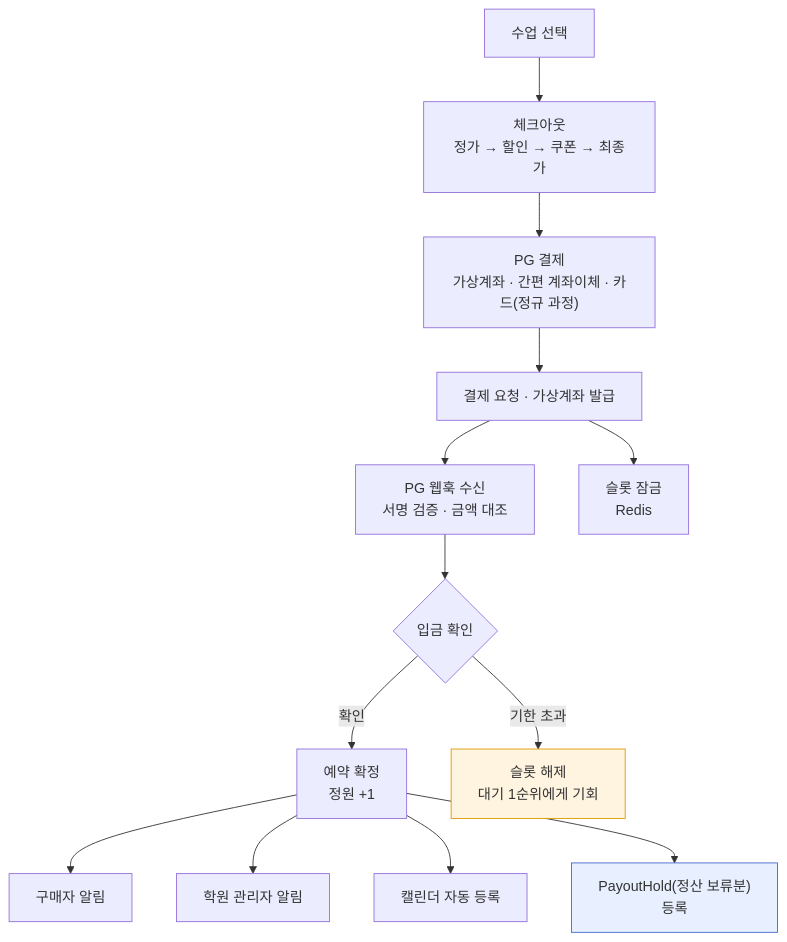
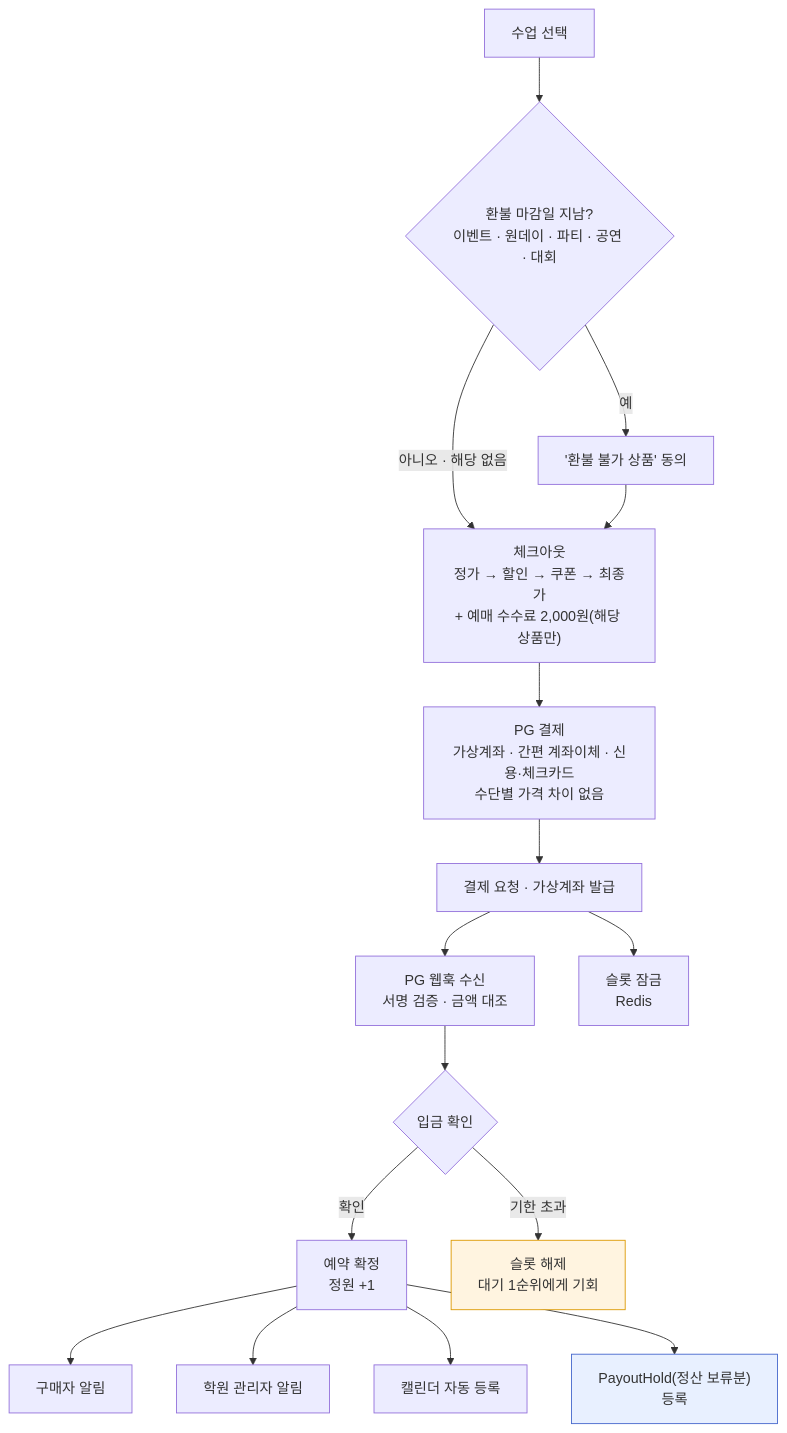
One commit to ChaeUngLim/kdancex4 changed the eighth of 14 diagrams in docs/kdancex4_service_definition_and_tech_stack.md. Above: the diagram before and after it, drawn with Mermaid. The commit also changed other lines of this file and 21 other files, not shown here.

````diff
--- a/docs/kdancex4_service_definition_and_tech_stack.md
+++ b/docs/kdancex4_service_definition_and_tech_stack.md
@@ -1605,20 +1664,23 @@
 ```mermaid
 flowchart TB
-    S["수업 선택"] --> CK["체크아웃<br/>정가 → 할인 → 쿠폰 → 최종가"]
-    CK --> B["PG 결제<br/>가상계좌 · 간편 계좌이체 · 카드(정규 과정)"]
+    S["수업 선택"] --> DL{"환불 마감일 지남?<br/>이벤트 · 원데이 · 파티 · 공연 · 대회"}
+    DL -->|"예"| AGR["'환불 불가 상품' 동의"]
+    DL -->|"아니오 · 해당 없음"| CK
+    AGR --> CK["체크아웃<br/>정가 → 할인 → 쿠폰 → 최종가<br/>+ 예매 수수료 2,000원(해당 상품만)"]
+    CK --> B["PG 결제<br/>가상계좌 · 간편 계좌이체 · 신용·체크카드<br/>수단별 가격 차이 없음"]
 
     B --> B1["결제 요청 · 가상계좌 발급"] --> B2["PG 웹훅 수신<br/>서명 검증 · 금액 대조"]
 
     B1 --> L["슬롯 잠금<br/>Redis"]
     B2 --> M{"입금 확인"}
     M -->|"확인"| OK["예약 확정<br/>정원 +1"]
     M -->|"기한 초과"| TO["슬롯 해제<br/>대기 1순위에게 기회"]
 
     OK --> N1["구매자 알림"]
     OK --> N2["학원 관리자 알림"]
     OK --> N3["캘린더 자동 등록"]
     OK --> HOLD["PayoutHold(정산 보류분)<br/>등록"]
 
     style HOLD fill:#e8f0ff,stroke:#46c
     style TO fill:#fff4e0,stroke:#d90
 ```
````
